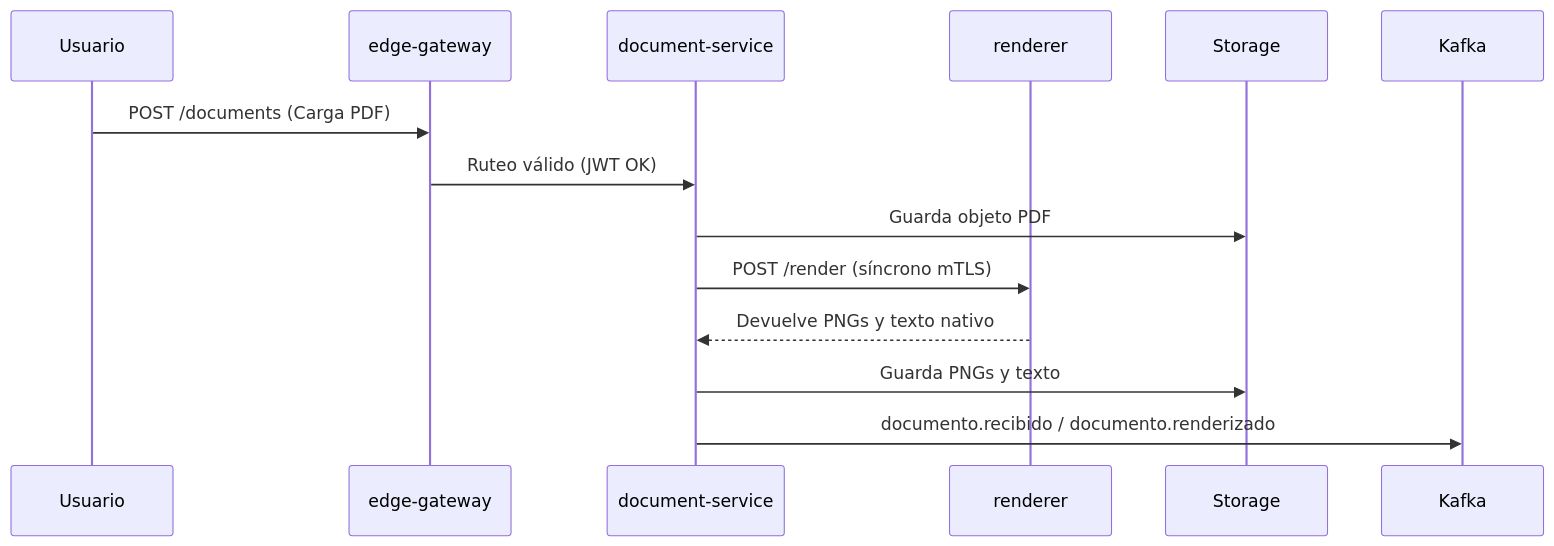
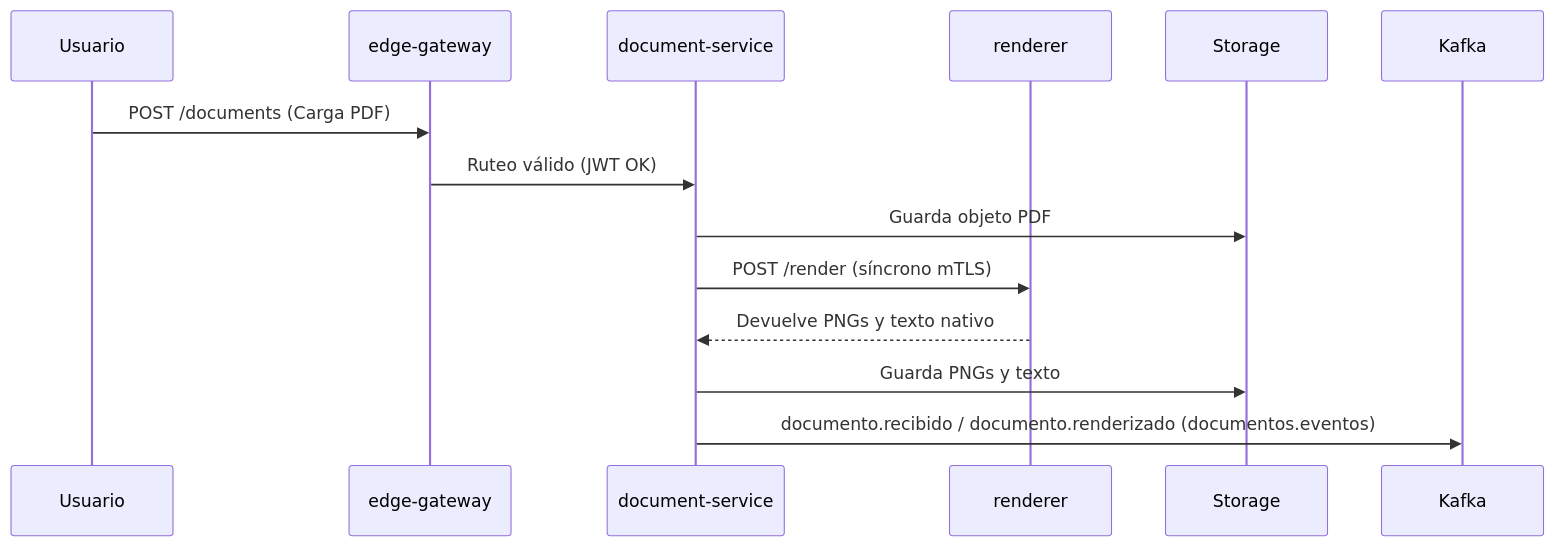
One commit to IngKevin95/IDP_ExtraccionDocumentos changed the second of 3 diagrams in docs/arquitectura.md. Above: the diagram before and after it, drawn with Mermaid. The commit also changed other lines of this file and 90 other files, not shown here.

````diff
--- a/docs/arquitectura.md
+++ b/docs/arquitectura.md
@@ -224,15 +237,15 @@
 ```mermaid
 sequenceDiagram
     participant Usuario as Usuario
     participant GW as edge-gateway
     participant DS as document-service
     participant RND as renderer
     
     Usuario->>GW: POST /documents (Carga PDF)
     GW->>DS: Ruteo válido (JWT OK)
     DS->>Storage: Guarda objeto PDF
     DS->>RND: POST /render (síncrono mTLS)
     RND-->>DS: Devuelve PNGs y texto nativo
     DS->>Storage: Guarda PNGs y texto
-    DS->>Kafka: documento.recibido / documento.renderizado
+    DS->>Kafka: documento.recibido / documento.renderizado (documentos.eventos)
 ```
````
